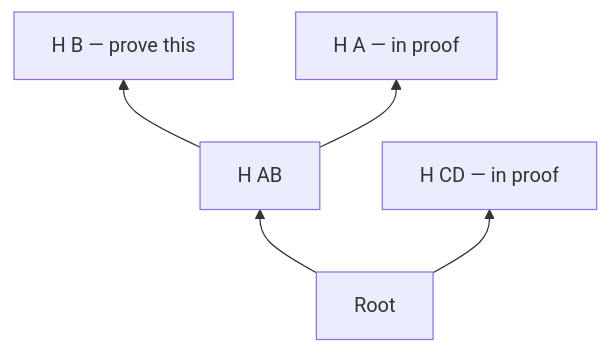
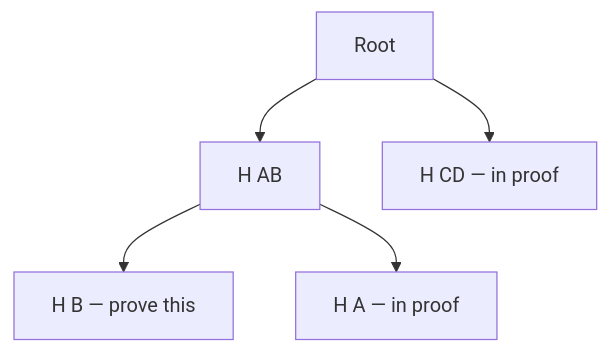
One commit to hareramcse/SystemDesign changed diagram 14 of 19 in 13-advanced-topics/README.md. Above: the diagram before and after it, drawn with Mermaid. The commit also changed other lines of this file, not shown here.

````diff
--- a/13-advanced-topics/README.md
+++ b/13-advanced-topics/README.md
@@ -1524,12 +1520,8 @@
 ```mermaid
-flowchart BT
+flowchart TB
     Root[Root]
-    AB[H AB]
-    B[H B — prove this]
-    A[H A — in proof]
-    CD[H CD — in proof]
-    Root --> AB
-    Root --> CD
-    AB --> B
-    AB --> A
+    Root --> AB[H AB]
+    Root --> CD[H CD — in proof]
+    AB --> B[H B — prove this]
+    AB --> A[H A — in proof]
 ```
````
